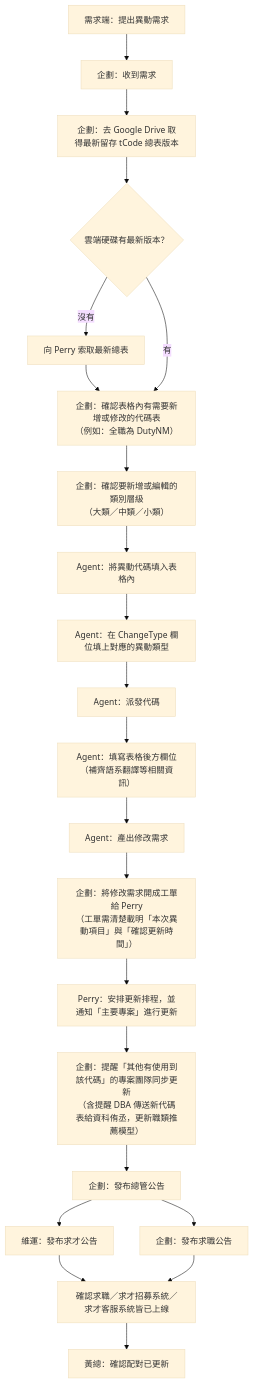
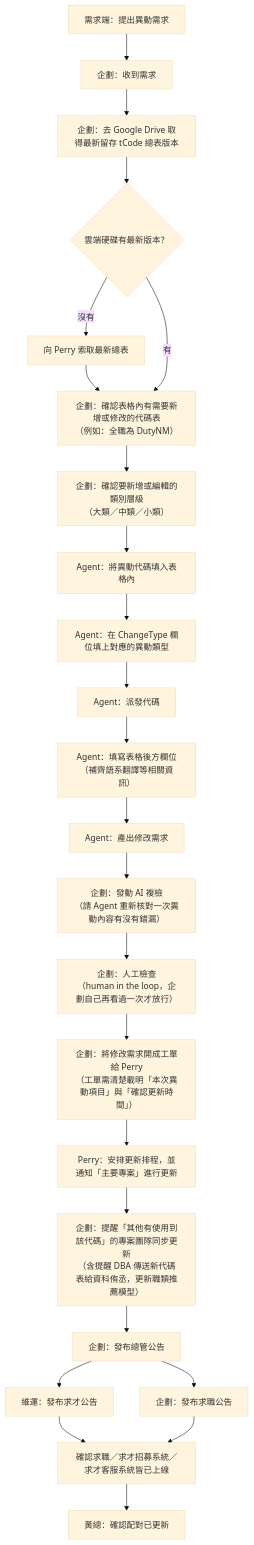
The diagram in job-classification-kb/tcode/04-change-workflow-sop.md (SulfurCreek/main), drawn with Mermaid (base theme) before and after one commit. The commit also changed other lines of this file, not shown here.

Commit message:
04-change-workflow-sop: add AI re-check + human-in-the-loop before ticketing
Agent's "產出修改需求" output isn't opened as a ticket directly — add
two gates: Agent self-reviews the draft, then 企劃 does a human-in-the-
loop check, before it goes to Perry.

Claude-Session: https://claude.ai/code/session_01UHEjnAEkd1cRB7C9gHkUcj

````diff
--- a/job-classification-kb/tcode/04-change-workflow-sop.md
+++ b/job-classification-kb/tcode/04-change-workflow-sop.md
@@ -5,28 +5,30 @@
 ```mermaid
 flowchart TD
     Z["需求端：提出異動需求"] --> A["企劃：收到需求"]
     A --> B["企劃：去 Google Drive 取得最新留存 tCode 總表版本"]
     B --> C{雲端硬碟有最新版本？}
     C -- 沒有 --> D["向 Perry 索取最新總表"]
     D --> E
     C -- 有 --> E["企劃：確認表格內有需要新增或修改的代碼表<br/>（例如：全職為 DutyNM）"]
     E --> F["企劃：確認要新增或編輯的類別層級<br/>（大類／中類／小類）"]
     F --> G["Agent：將異動代碼填入表格內"]
     G --> H["Agent：在 ChangeType 欄位填上對應的異動類型"]
     H --> I["Agent：派發代碼"]
     I --> J["Agent：填寫表格後方欄位<br/>（補齊語系翻譯等相關資訊）"]
     J --> J2["Agent：產出修改需求"]
-    J2 --> K["企劃：將修改需求開成工單給 Perry<br/>（工單需清楚載明「本次異動項目」與「確認更新時間」）"]
+    J2 --> J3["企劃：發動 AI 複檢<br/>（請 Agent 重新核對一次異動內容有沒有錯漏）"]
+    J3 --> J4["企劃：人工檢查<br/>（human in the loop，企劃自己再看過一次才放行）"]
+    J4 --> K["企劃：將修改需求開成工單給 Perry<br/>（工單需清楚載明「本次異動項目」與「確認更新時間」）"]
     K --> L["Perry：安排更新排程，並通知「主要專案」進行更新"]
     L --> M["企劃：提醒「其他有使用到該代碼」的專案團隊同步更新<br/>（含提醒 DBA 傳送新代碼表給資科侑丞，更新職類推薦模型）"]
     M --> N["企劃：發布總管公告"]
     N --> O["維運：發布求才公告"]
     N --> P["企劃：發布求職公告"]
     O --> Q["確認求職／求才招募系統／求才客服系統皆已上線"]
     P --> Q
     Q --> R["黃總：確認配對已更新"]
 
     click E "#代碼表對照" "哪些表對應什麼內容"
     click F "#大中小類怎麼分" "大類／中類／小類怎麼分辨"
     click H "#changetype-說明" "ChangeType 每個值代表什麼"
 ```
````
